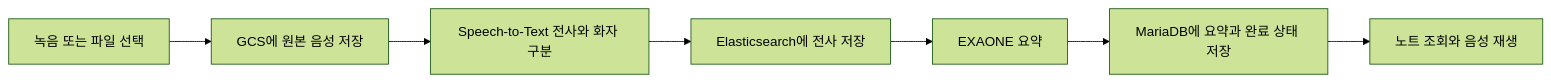
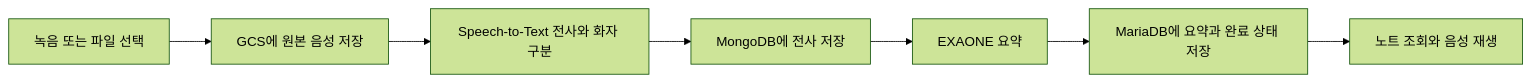
One commit to minseokKim6823/voice-notes-gcp changed the diagram in README.md. Above: the diagram before and after it, drawn with Mermaid (forest theme). The commit also changed other lines of this file and 30 other files, not shown here.

````diff
--- a/README.md
+++ b/README.md
@@ -39,9 +73,9 @@
 ```mermaid
 flowchart LR
     A[녹음 또는 파일 선택] --> B[GCS에 원본 음성 저장]
     B --> C[Speech-to-Text 전사와 화자 구분]
-    C --> D[Elasticsearch에 전사 저장]
+    C --> D[MongoDB에 전사 저장]
     D --> E[EXAONE 요약]
     E --> F[MariaDB에 요약과 완료 상태 저장]
     F --> G[노트 조회와 음성 재생]
 ```
````
